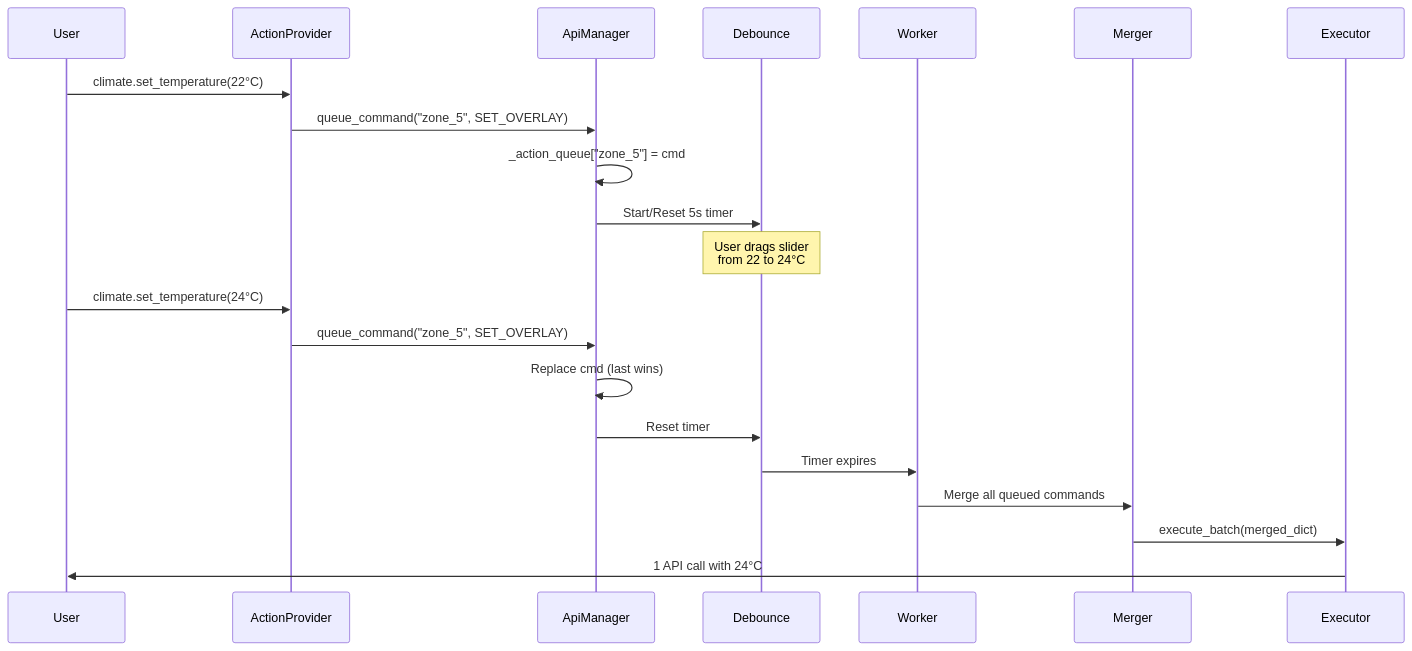
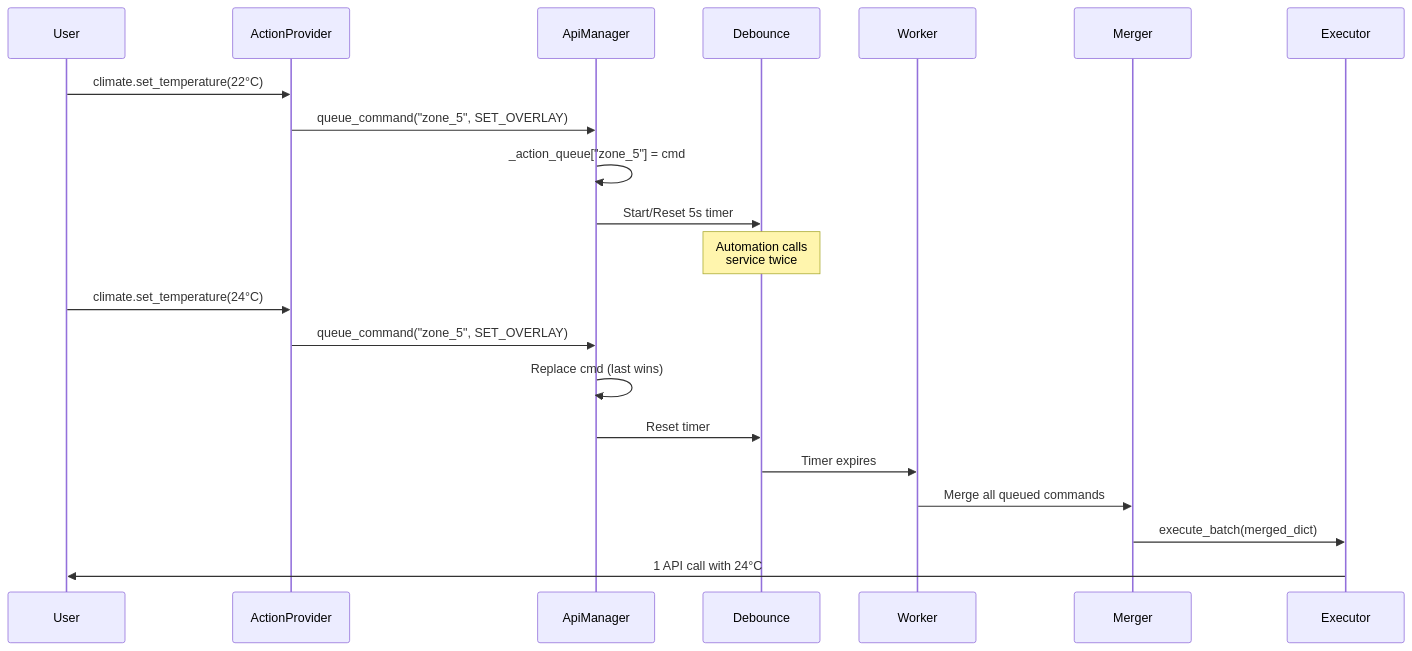
The fourth of 5 diagrams in docs/DESIGN.md (banter240/tado_hijack), drawn with Mermaid before and after one commit. The commit also changed other lines of this file and 1 other file, not shown here.

````diff
--- a/docs/DESIGN.md
+++ b/docs/DESIGN.md
@@ -160,27 +160,27 @@
 ```mermaid
 sequenceDiagram
     participant User
     participant ActionProvider
     participant ApiManager
     participant Debounce
     participant Worker
     participant Merger
     participant Executor
 
     User->>ActionProvider: climate.set_temperature(22°C)
     ActionProvider->>ApiManager: queue_command("zone_5", SET_OVERLAY)
     ApiManager->>ApiManager: _action_queue["zone_5"] = cmd
     ApiManager->>Debounce: Start/Reset 5s timer
 
-    Note over Debounce: User drags slider<br/>from 22 to 24°C
+    Note over Debounce: Automation calls<br/>service twice
 
     User->>ActionProvider: climate.set_temperature(24°C)
     ActionProvider->>ApiManager: queue_command("zone_5", SET_OVERLAY)
     ApiManager->>ApiManager: Replace cmd (last wins)
     ApiManager->>Debounce: Reset timer
 
     Debounce->>Worker: Timer expires
     Worker->>Merger: Merge all queued commands
     Merger->>Executor: execute_batch(merged_dict)
     Executor->>User: 1 API call with 24°C
 ```
````
